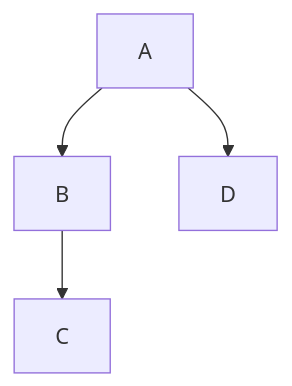
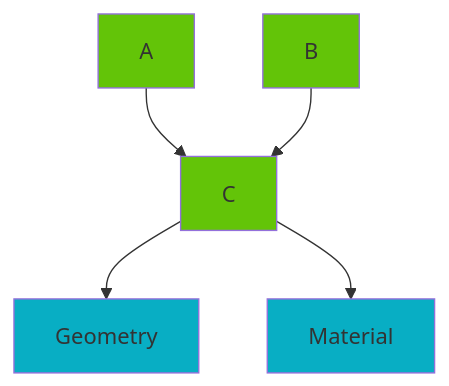
The third of 3 diagrams in README.md (tomvandig/eccg), drawn with Mermaid before and after one commit. The commit also changed other lines of this file, not shown here.

````diff
--- a/README.md
+++ b/README.md
@@ -83,6 +91,15 @@
 ```mermaid
 graph TD;
-    A-->B;
-    A-->D;
+    A-->C;
     B-->C;
+
+    C-->Geometry;
+    C-->Material;
+
+    style A fill:#63c408
+    style B fill:#63c408
+    style C fill:#63c408
+
+    style Geometry fill:#08aec4
+    style Material fill:#08aec4
 ```
````
